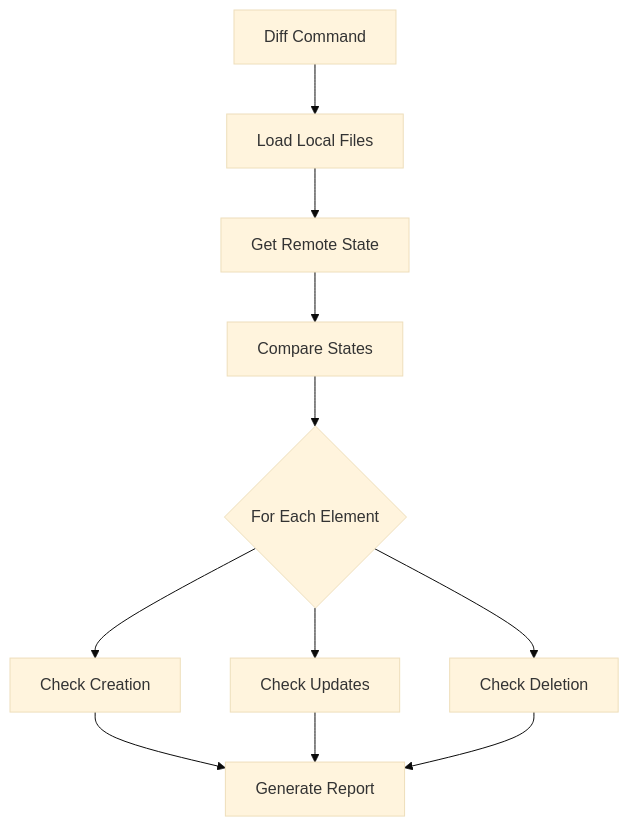
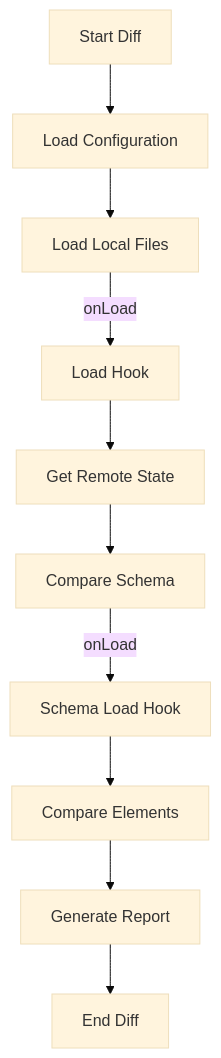
Before and after one commit to tractr/directus-sync: the second of 3 diagrams in website/docs/core-concepts/synchronization-process.md, drawn with Mermaid (base theme). The commit also changed other lines of this file and 8 other files, not shown here.

````diff
--- a/website/docs/core-concepts/synchronization-process.md
+++ b/website/docs/core-concepts/synchronization-process.md
@@ -53,13 +36,12 @@
 ```mermaid
 flowchart TB
-    A[Diff Command] --> B[Load Local Files]
-    B --> C[Get Remote State]
-    C --> D[Compare States]
-    D --> E{For Each Element}
-    E --> F[Check Creation]
-    E --> G[Check Updates]
-    E --> H[Check Deletion]
-    F --> I[Generate Report]
-    G --> I
-    H --> I
+    Start[Start Diff] --> Config[Load Configuration]
+    Config --> Local[Load Local Files]
+    Local --> |onLoad| LoadHook[Load Hook]
+    LoadHook --> Remote[Get Remote State]
+    Remote --> Schema[Compare Schema]
+    Schema --> |onLoad| SchemaHook[Schema Load Hook]
+    SchemaHook --> Compare[Compare Elements]
+    Compare --> Report[Generate Report]
+    Report --> End[End Diff]
 ```
````
